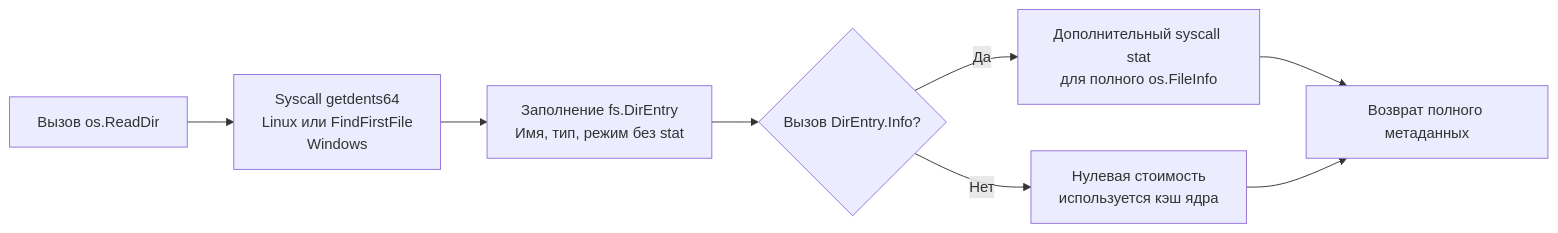
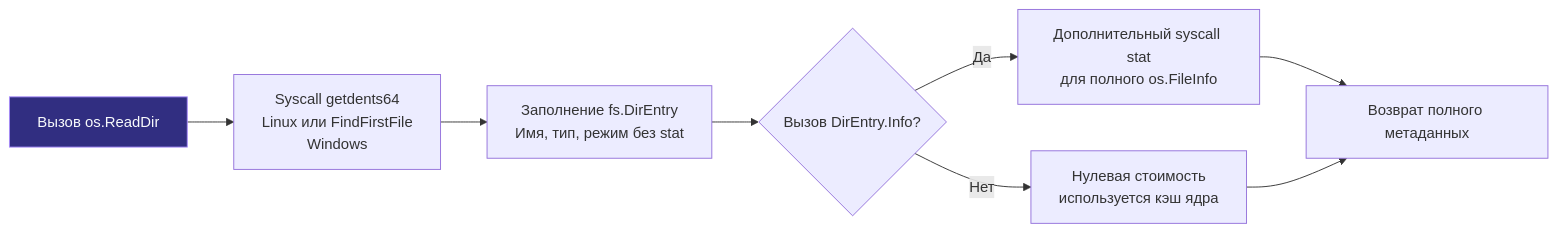
One commit to UnrealTemplier/go-textbook changed the second of 2 diagrams in sources/6. Стандартная библиотека Go/5. io_ioutil устарел. Чем его заменили.md. Above: the diagram before and after it, drawn with Mermaid. The commit also changed 1666 other files, not shown here.

First line of the commit message:
feat(mermaid): add semantic color classDef to 1369 colorless flowchart/graph diagrams

````diff
--- a/sources/6. Стандартная библиотека Go/5. io_ioutil устарел. Чем его заменили.md
+++ b/sources/6. Стандартная библиотека Go/5. io_ioutil устарел. Чем его заменили.md
@@ -99,10 +99,20 @@
 ```mermaid
 flowchart LR
-    A["Вызов os.ReadDir"] --> B["Syscall getdents64<br>Linux или FindFirstFile<br>Windows"]
+    classDef process  fill:#1e293b,stroke:#38bdf8,stroke-width:1px,color:#f8fafc
+    classDef success  fill:#064e3b,stroke:#34d399,stroke-width:1px,color:#f8fafc
+    classDef error    fill:#7f1d1d,stroke:#f87171,stroke-width:1px,color:#f8fafc
+    classDef warning  fill:#78350f,stroke:#fbbf24,stroke-width:1px,color:#f8fafc
+    classDef entry    fill:#1e3a5f,stroke:#38bdf8,stroke-width:2px,color:#f8fafc
+    classDef aux      fill:#334155,stroke:#64748b,stroke-width:1px,color:#f8fafc
+    classDef system   fill:#312e81,stroke:#a78bfa,stroke-width:1px,color:#f8fafc
+    classDef data     fill:#132d29,stroke:#2dd4bf,stroke-width:1px,color:#f8fafc
+    classDef network  fill:#881337,stroke:#fb7185,stroke-width:1px,color:#f8fafc
+    classDef accent   fill:#1e1b4b,stroke:#818cf8,stroke-width:1px,color:#f8fafc
+    A["Вызов os.ReadDir"]:::system --> B["Syscall getdents64<br>Linux или FindFirstFile<br>Windows"]
     B --> C["Заполнение fs.DirEntry<br>Имя, тип, режим без stat"]
     C --> D{"Вызов DirEntry.Info?"}
     D -->|Да| E["Дополнительный syscall stat<br>для полного os.FileInfo"]
     D -->|Нет| F["Нулевая стоимость<br>используется кэш ядра"]
     E --> G["Возврат полного метаданных"]
     F --> G
 ```
````
